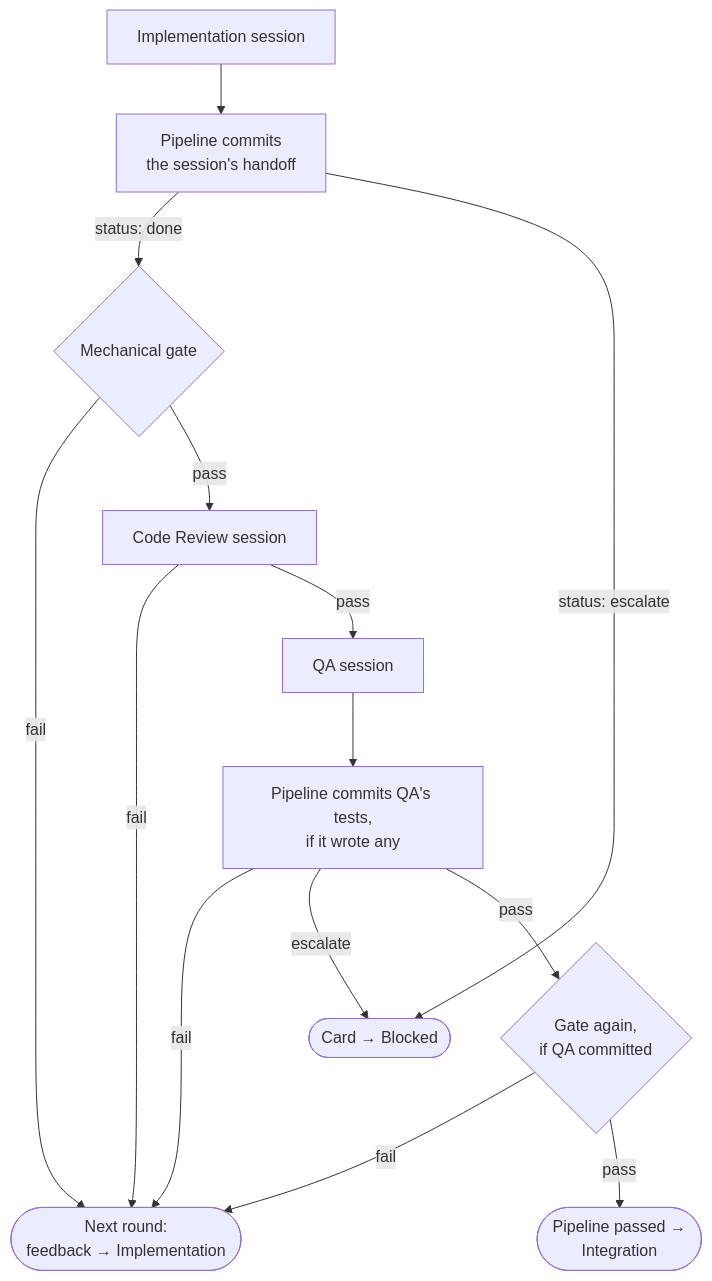
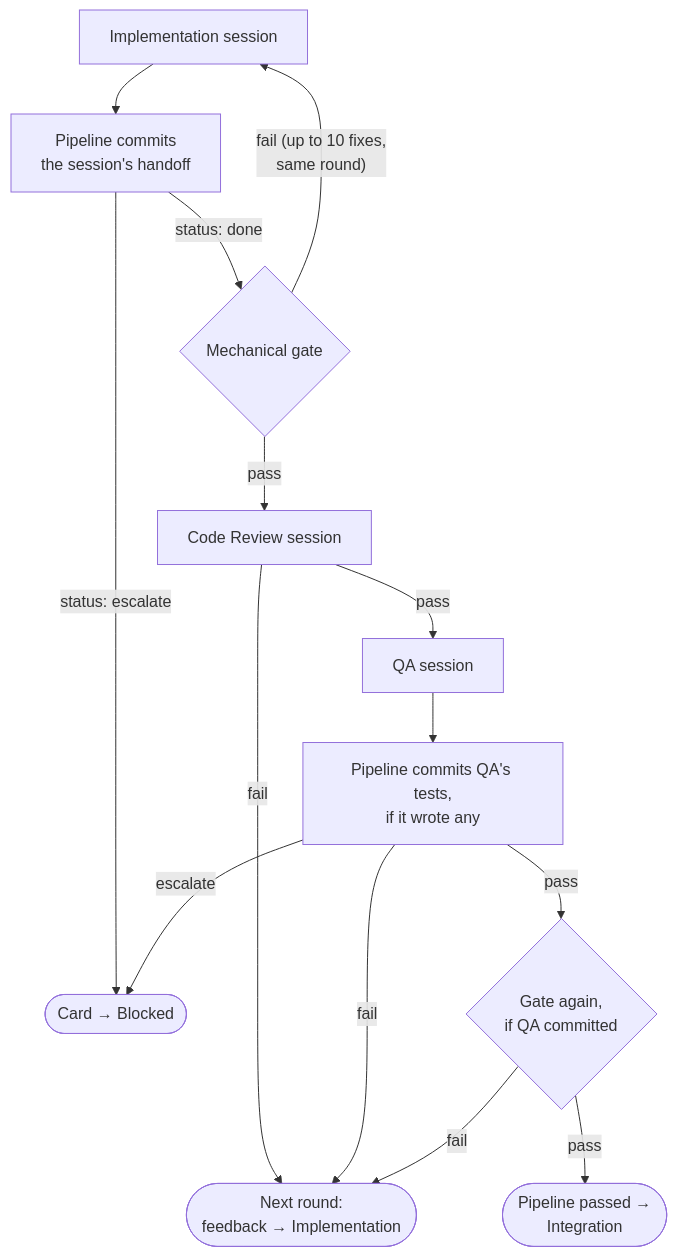
Before and after one commit to rdaruszka/jfdi: the diagram in docs/guide/pipeline.md, drawn with Mermaid. The commit also changed other lines of this file and 12 other files, not shown here.

First line of the commit message:
Keep gate failures inside the round, and retune the stage prompts

````diff
--- a/docs/guide/pipeline.md
+++ b/docs/guide/pipeline.md
@@ -18,16 +18,16 @@
 ```mermaid
 flowchart TD
     IMPL[Implementation session] --> CHK[Pipeline commits<br/>the session's handoff]
     CHK -->|status: done| GATE{Mechanical gate}
     CHK -->|status: escalate| BLOCKED([Card → Blocked])
-    GATE -->|fail| RETRY([Next round:<br/>feedback → Implementation])
+    GATE -->|"fail (up to 10 fixes,<br/>same round)"| IMPL
     GATE -->|pass| CR[Code Review session]
-    CR -->|fail| RETRY
+    CR -->|fail| RETRY([Next round:<br/>feedback → Implementation])
     CR -->|pass| QA[QA session]
     QA --> QACOMMIT[Pipeline commits QA's tests,<br/>if it wrote any]
     QACOMMIT -->|fail| RETRY
     QACOMMIT -->|escalate| BLOCKED
     QACOMMIT -->|pass| GATE2{Gate again,<br/>if QA committed}
     GATE2 -->|fail| RETRY
     GATE2 -->|pass| PASSED([Pipeline passed →<br/>Integration])
 ```
````
